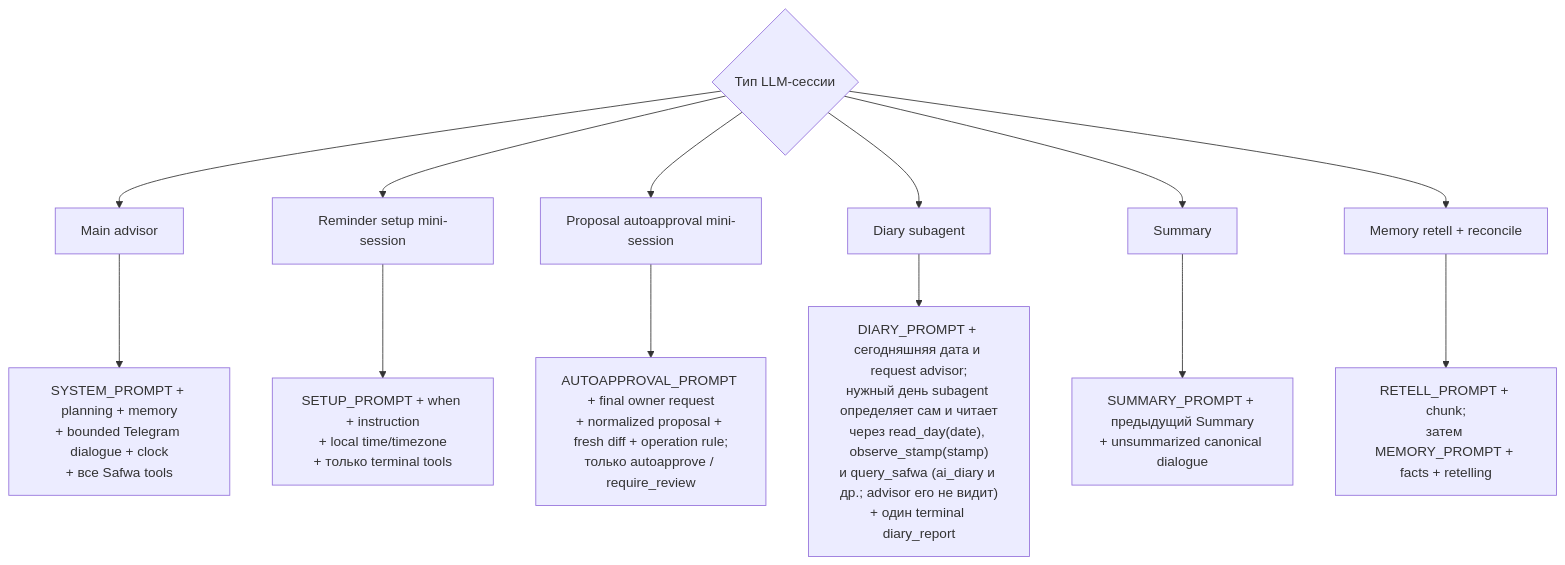
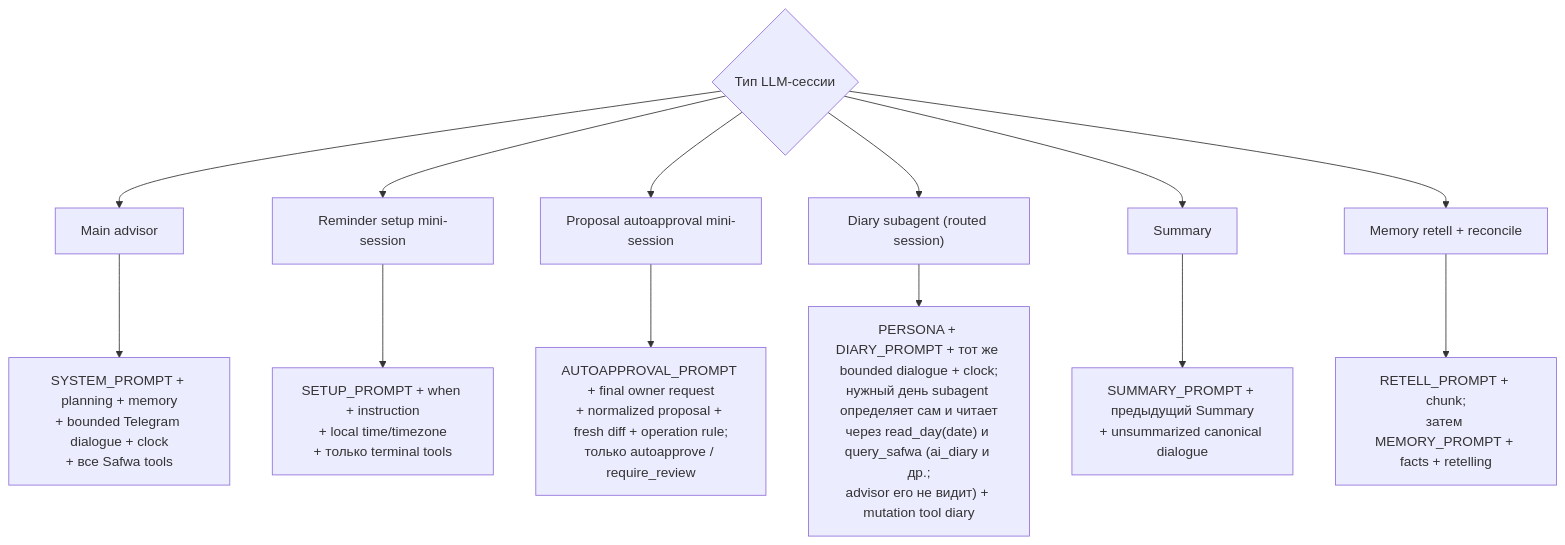
The second of 2 diagrams in docs/diagrams/03-session-contexts.md (myvaheed/tg-ai-safwa), drawn with Mermaid before and after one commit. The commit also changed other lines of this file and 32 other files, not shown here.

````diff
--- a/docs/diagrams/03-session-contexts.md
+++ b/docs/diagrams/03-session-contexts.md
@@ -31,17 +31,17 @@
 ```mermaid
 flowchart TD
     E{"Тип LLM-сессии"}
     E --> MAIN["Main advisor"]
     E --> SETUP["Reminder setup mini-session"]
     E --> AUTO["Proposal autoapproval mini-session"]
-    E --> SUB["Diary subagent"]
+    E --> SUB["Diary subagent (routed session)"]
     E --> SUM["Summary"]
     E --> RETELL["Memory retell + reconcile"]
 
     MAIN --> MC["SYSTEM_PROMPT + planning + memory<br/>+ bounded Telegram dialogue + clock<br/>+ все Safwa tools"]
     SETUP --> SC["SETUP_PROMPT + when + instruction<br/>+ local time/timezone<br/>+ только terminal tools"]
     AUTO --> AC["AUTOAPPROVAL_PROMPT + final owner request<br/>+ normalized proposal + fresh diff + operation rule;<br/>только autoapprove / require_review"]
-    SUB --> SBC["DIARY_PROMPT + сегодняшняя дата и request advisor;<br/>нужный день subagent определяет сам и читает<br/>через read_day(date), observe_stamp(stamp)<br/>и query_safwa (ai_diary и др.; advisor его не видит)<br/>+ один terminal diary_report"]
+    SUB --> SBC["PERSONA + DIARY_PROMPT + тот же bounded dialogue + clock;<br/>нужный день subagent определяет сам и читает<br/>через read_day(date) и query_safwa (ai_diary и др.;<br/>advisor его не видит) + mutation tool diary"]
     SUM --> SUC["SUMMARY_PROMPT + предыдущий Summary<br/>+ unsummarized canonical dialogue"]
     RETELL --> MEC["RETELL_PROMPT + chunk;<br/>затем MEMORY_PROMPT + facts + retelling"]
 ```
````
